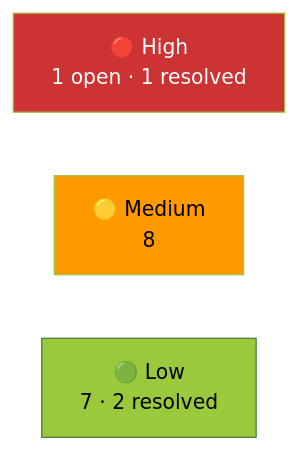
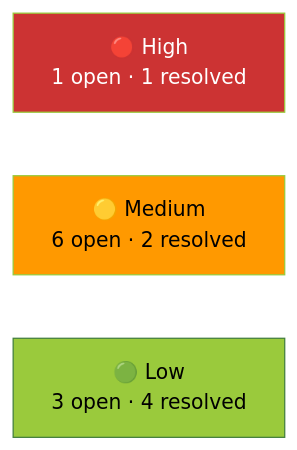
The diagram in docs/tech-debt.md (marcelofrau/xb-homebrew-vault), drawn with Mermaid (forest theme) before and after one commit. The commit also changed other lines of this file and 14 other files, not shown here.

````diff
--- a/docs/tech-debt.md
+++ b/docs/tech-debt.md
@@ -264,10 +262,10 @@
 ```mermaid
 graph LR
     H["🔴 High<br/>1 open · 1 resolved"]
-    M["🟡 Medium<br/>8"]
-    L["🟢 Low<br/>7 · 2 resolved"]
+    M["🟡 Medium<br/>6 open · 2 resolved"]
+    L["🟢 Low<br/>3 open · 4 resolved"]
     
     style H fill:#CC3333,stroke:#9ACA3C,color:#fff
     style M fill:#FF9900,stroke:#9ACA3C,color:#000
     style L fill:#9ACA3C,stroke:#447F3E,color:#000
 ```
````
